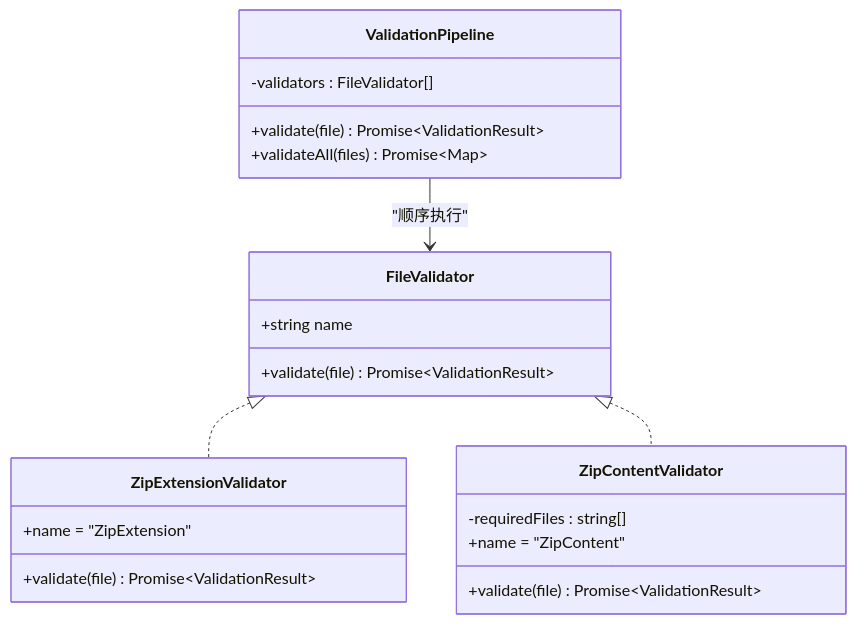
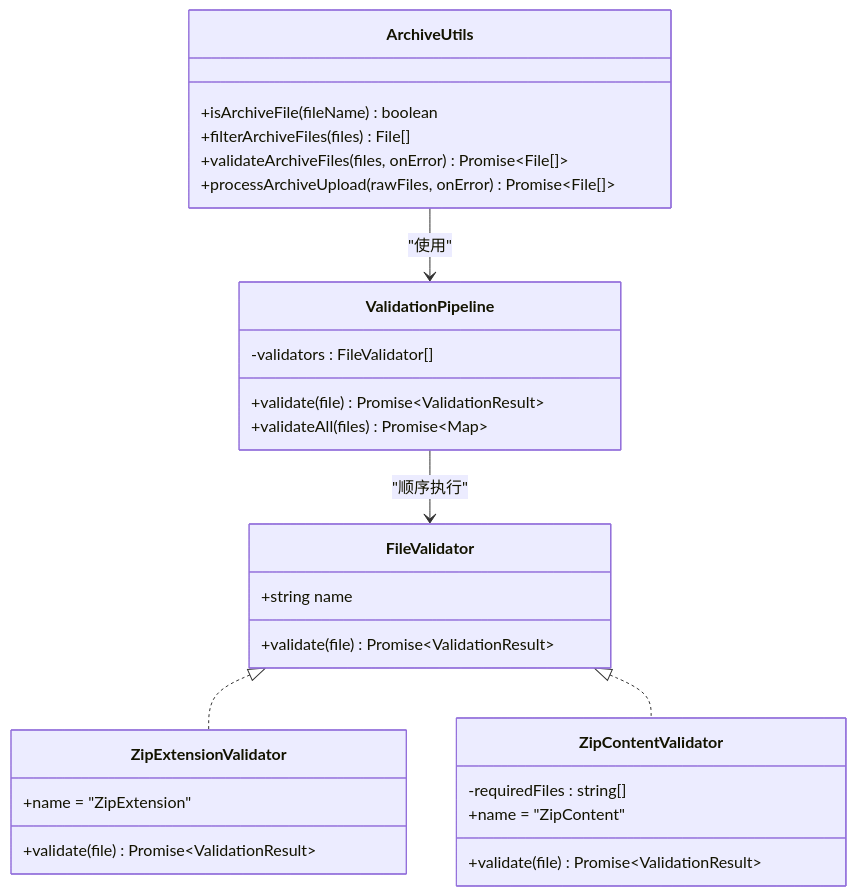
The third of 5 diagrams in .qoder/repowiki/zh/content/核心模块/文件验证系统.md (taoweidong/Hello-Tauri), drawn with Mermaid before and after one commit. The commit also changed other lines of this file and 8 other files, not shown here.

````diff
--- a/.qoder/repowiki/zh/content/核心模块/文件验证系统.md
+++ b/.qoder/repowiki/zh/content/核心模块/文件验证系统.md
@@ -142,24 +167,31 @@
 ```mermaid
 classDiagram
 class FileValidator {
 +string name
 +validate(file) Promise~ValidationResult~
 }
 class ZipExtensionValidator {
 +name = "ZipExtension"
 +validate(file) Promise~ValidationResult~
 }
 class ZipContentValidator {
 -requiredFiles : string[]
 +name = "ZipContent"
 +validate(file) Promise~ValidationResult~
 }
 class ValidationPipeline {
 -validators : FileValidator[]
 +validate(file) Promise~ValidationResult~
 +validateAll(files) Promise~Map<File, ValidationResult>~
 }
+class ArchiveUtils {
++isArchiveFile(fileName) boolean
++filterArchiveFiles(files) File[]
++validateArchiveFiles(files, onError) Promise~File[]~
++processArchiveUpload(rawFiles, onError) Promise~File[]~
+}
 FileValidator <|.. ZipExtensionValidator
 FileValidator <|.. ZipContentValidator
 ValidationPipeline --> FileValidator : "顺序执行"
+ArchiveUtils --> ValidationPipeline : "使用"
 ```
````
